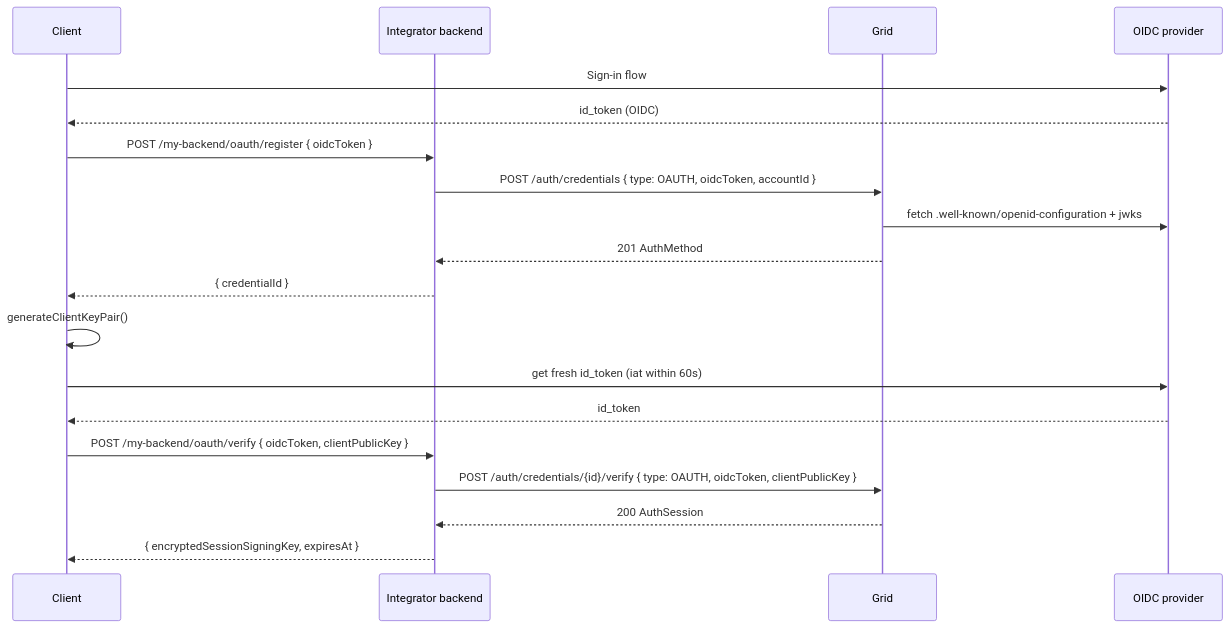
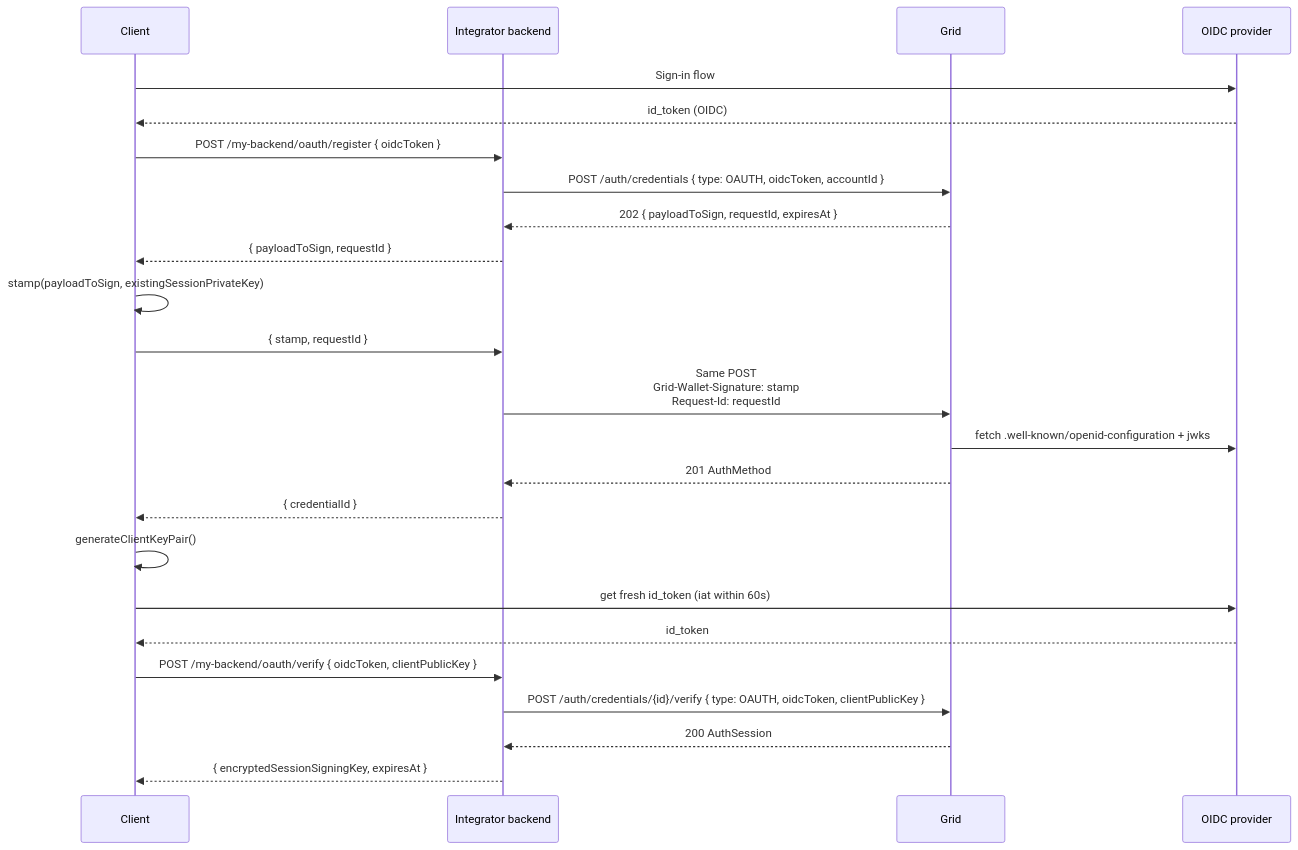
Before and after one commit to lightsparkdev/grid-api: the third of 5 diagrams in mintlify/snippets/global-accounts/authentication.mdx, drawn with Mermaid. The commit also changed other lines of this file and 12 other files, not shown here.

````diff
--- a/mintlify/snippets/global-accounts/authentication.mdx
+++ b/mintlify/snippets/global-accounts/authentication.mdx
@@ -364,22 +404,27 @@
 ```mermaid
 sequenceDiagram
   participant C as Client
   participant IB as Integrator backend
   participant G as Grid
   participant OP as OIDC provider
 
   C->>OP: Sign-in flow
   OP-->>C: id_token (OIDC)
   C->>IB: POST /my-backend/oauth/register { oidcToken }
   IB->>G: POST /auth/credentials { type: OAUTH, oidcToken, accountId }
+  G-->>IB: 202 { payloadToSign, requestId, expiresAt }
+  IB-->>C: { payloadToSign, requestId }
+  C->>C: stamp(payloadToSign, existingSessionPrivateKey)
+  C->>IB: { stamp, requestId }
+  IB->>G: Same POST<br/>Grid-Wallet-Signature: stamp<br/>Request-Id: requestId
   G->>OP: fetch .well-known/openid-configuration + jwks
   G-->>IB: 201 AuthMethod
   IB-->>C: { credentialId }
   C->>C: generateClientKeyPair()
   C->>OP: get fresh id_token (iat within 60s)
   OP-->>C: id_token
   C->>IB: POST /my-backend/oauth/verify { oidcToken, clientPublicKey }
   IB->>G: POST /auth/credentials/{id}/verify { type: OAUTH, oidcToken, clientPublicKey }
   G-->>IB: 200 AuthSession
   IB-->>C: { encryptedSessionSigningKey, expiresAt }
 ```
````
